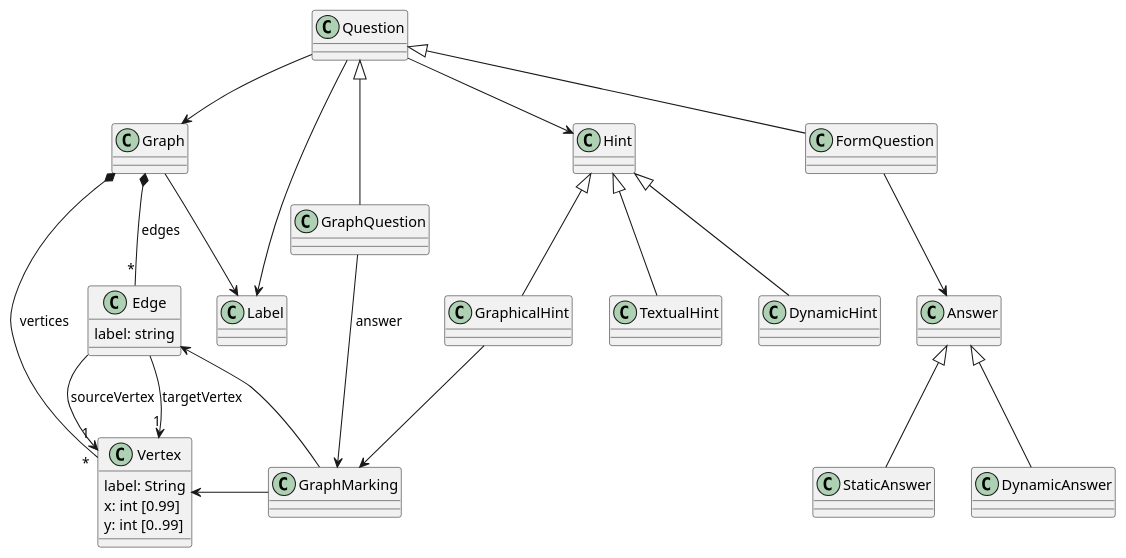
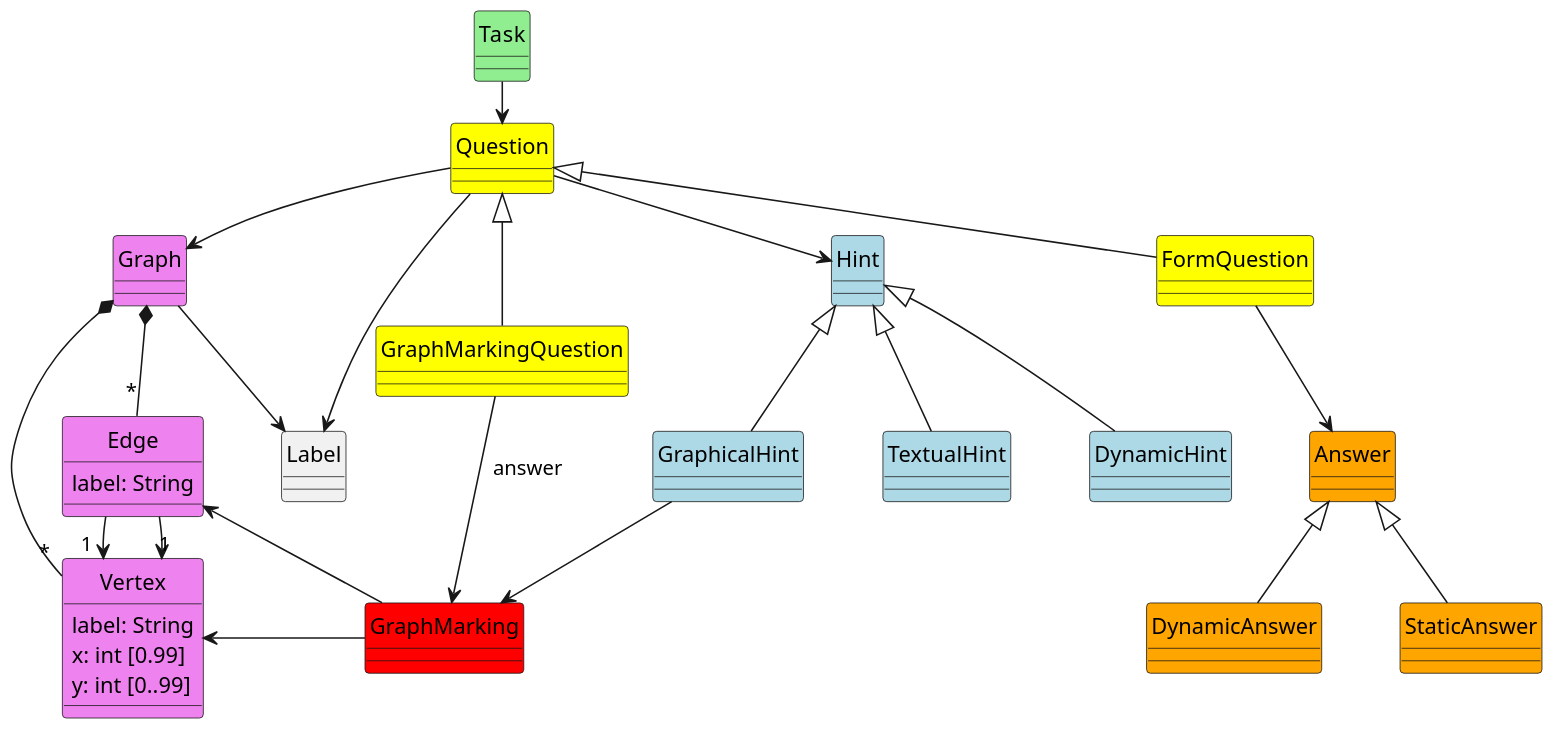
The diagram in src/main/rework.puml (MathGrass/mathgrass-api), drawn with PlantUML before and after one commit.

Commit message:
dev: Add colors to rework puml

```diff
--- a/src/main/rework.puml
+++ b/src/main/rework.puml
@@ -1,56 +1,69 @@
 @startuml
-class Question
-class GraphQuestion
-class FormQuestion
+hide circle
+skinparam shadowing false
+skinparam monochrome false
+skinparam classAttributeIconSize 0
+skinparam nodesep 50
+skinparam ranksep 25
+scale 1.5
+
+class Task #lightgreen
+
+Task --> Question
+
+class Question #yellow
+class GraphMarkingQuestion #yellow
+class FormQuestion #yellow
 
 Question <|-- FormQuestion
-Question <|-- GraphQuestion
+Question <|-- GraphMarkingQuestion
 
-class Answer
-class StaticAnswer
-class DynamicAnswer
+class Answer #orange
+class StaticAnswer #orange
+class DynamicAnswer #orange
 
 Answer <|-- StaticAnswer
 Answer <|-- DynamicAnswer
 
-class Hint
-class TextualHint
-class DynamicHint
-class GraphicalHint
+class Hint #lightblue
+Question --> Hint
+
+class TextualHint #lightblue
+class DynamicHint #lightblue
+class GraphicalHint #lightblue
 
 Hint <|-- TextualHint
 Hint <|-- DynamicHint
 Hint <|-- GraphicalHint
 
-Question --> Hint
-
+class GraphMarking #red
 
 FormQuestion --> Answer
-GraphQuestion --> GraphMarking : answer
+GraphMarkingQuestion --> GraphMarking : answer
 GraphicalHint --> GraphMarking
 
 GraphMarking -left-> Vertex
 GraphMarking -left-> Edge
 
+class Graph #violet
+class Edge #violet {
+    label: String
+}
+class Vertex #violet {
+    label: String
+    x: int [0.99]
+    y: int [0..99]
+}
+Graph *-- "*" Edge
+Graph *-- "*" Vertex
+Edge --> "1" Vertex
+Edge --> "1" Vertex
+
+Question --> Graph
+
 class Label
 Question --> Label
 Graph --> Label
 
-class Graph
-class Edge {
-    label: string
-}
-class Vertex {
-    label: String
-    x: int [0.99]
-    y: int [0..99]
-}
-Graph *-- "*" Edge: edges
-Graph *-- "*" Vertex: vertices
-Edge --> "1" Vertex: sourceVertex
-Edge --> "1" Vertex: targetVertex
-
-Question --> Graph
-
 
 @enduml
```
